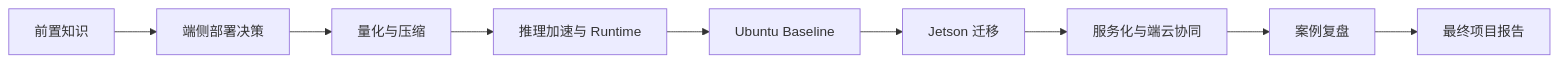
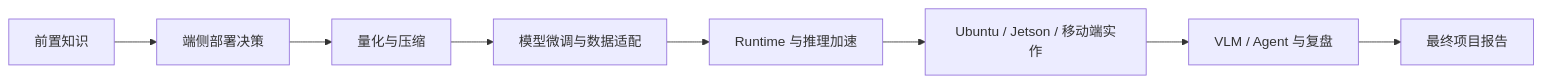
One commit to skyswordw/edge-ai-deployment-course changed the second of 2 diagrams in docs/source-comparison.md. Above: the diagram before and after it, drawn with Mermaid. The commit also changed other lines of this file and 14 other files, not shown here.

````diff
--- a/docs/source-comparison.md
+++ b/docs/source-comparison.md
@@ -83,11 +84,10 @@
 ```mermaid
 flowchart LR
   A["前置知识"] --> B["端侧部署决策"]
   B --> C["量化与压缩"]
-  C --> D["推理加速与 Runtime"]
-  D --> E["Ubuntu Baseline"]
-  E --> F["Jetson 迁移"]
-  F --> G["服务化与端云协同"]
-  G --> H["案例复盘"]
-  H --> I["最终项目报告"]
+  C --> D["模型微调与数据适配"]
+  D --> E["Runtime 与推理加速"]
+  E --> F["Ubuntu / Jetson / 移动端实作"]
+  F --> G["VLM / Agent 与复盘"]
+  G --> H["最终项目报告"]
 ```
````
